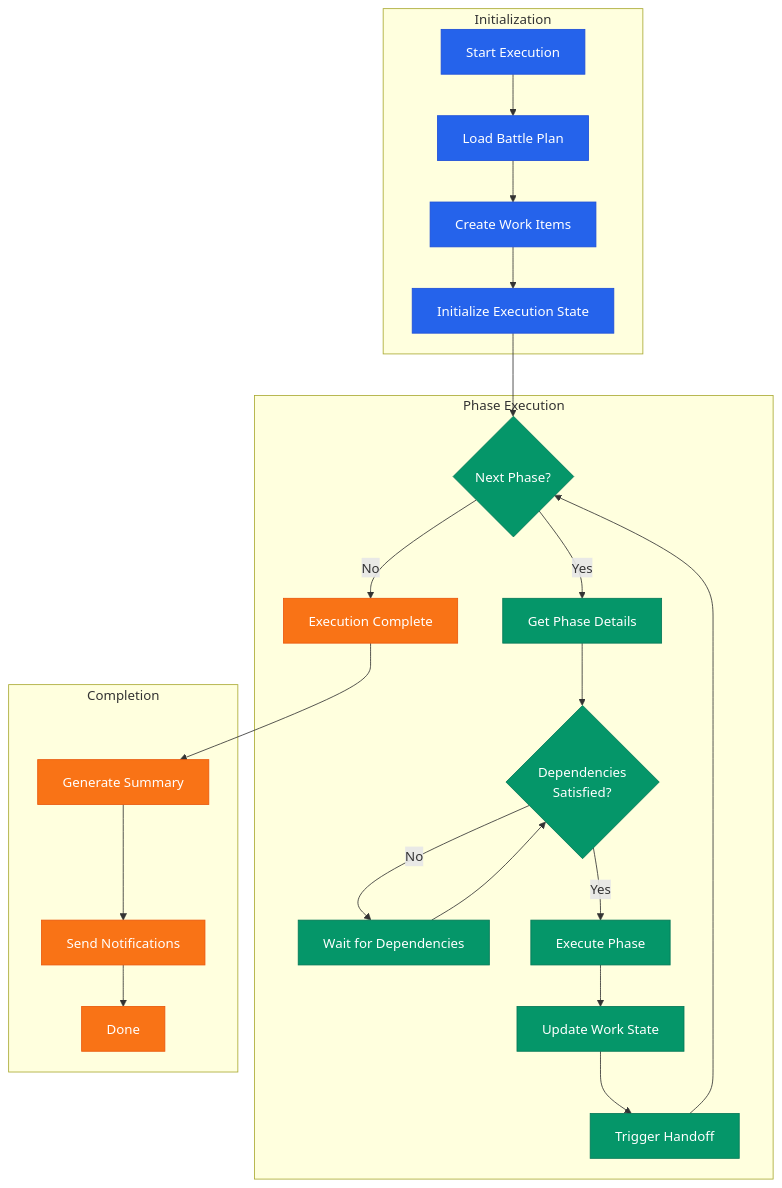
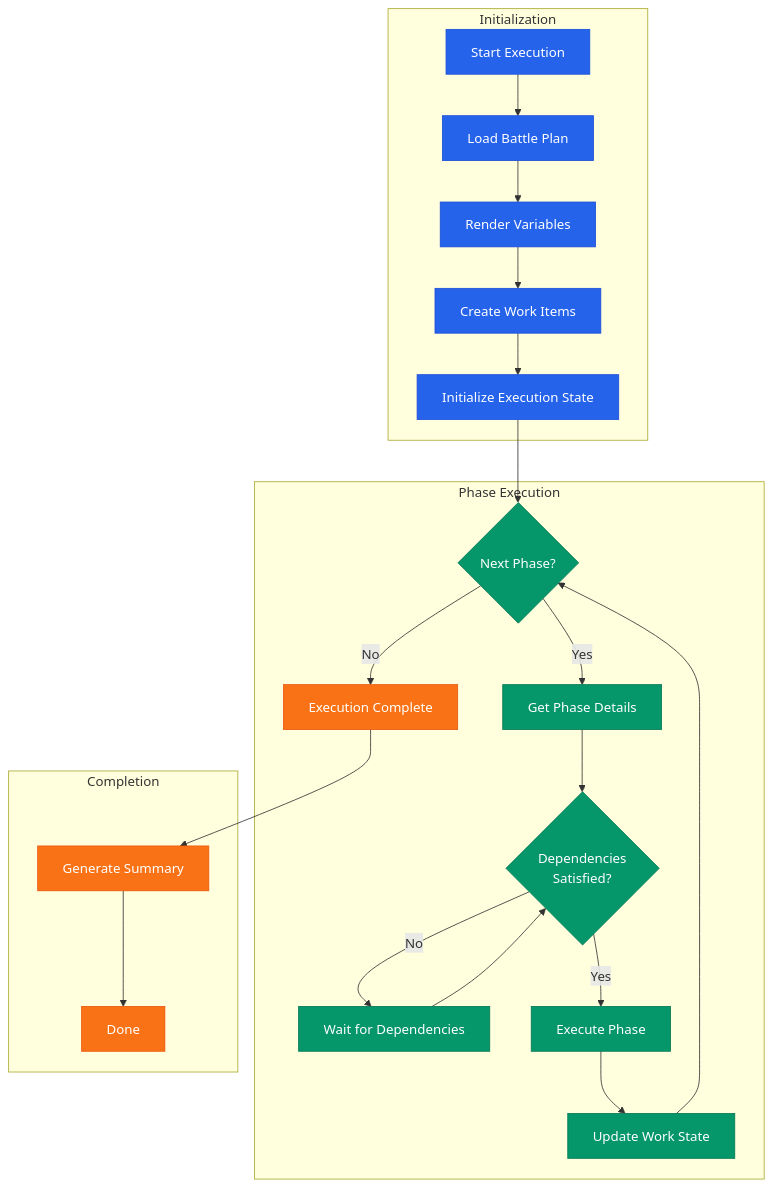
The third of 4 diagrams in docs/architecture/ARCHITECTURE-DIAGRAMS.md (jnPiyush/AI-Squad), drawn with Mermaid before and after one commit. The commit also changed other lines of this file and 33 other files, not shown here.

````diff
--- a/docs/architecture/ARCHITECTURE-DIAGRAMS.md
+++ b/docs/architecture/ARCHITECTURE-DIAGRAMS.md
@@ -263,40 +128,39 @@
 ```mermaid
 flowchart TD
     subgraph "Initialization"
         Start[Start Execution] --> Load[Load Battle Plan]
-        Load --> Create[Create Work Items]
+        Load --> Render[Render Variables]
+        Render --> Create[Create Work Items]
         Create --> Init[Initialize Execution State]
     end
     
     subgraph "Phase Execution"
         Init --> NextPhase{Next Phase?}
         
         NextPhase -->|Yes| GetPhase[Get Phase Details]
         NextPhase -->|No| Complete[Execution Complete]
         
         GetPhase --> CheckDeps{Dependencies<br/>Satisfied?}
         
         CheckDeps -->|No| Wait[Wait for Dependencies]
         CheckDeps -->|Yes| Execute[Execute Phase]
         
         Wait --> CheckDeps
         
         Execute --> Update[Update Work State]
-        Update --> Handoff[Trigger Handoff]
-        Handoff --> NextPhase
+        Update --> NextPhase
     end
     
     subgraph "Completion"
         Complete --> Summary[Generate Summary]
-        Summary --> Notify[Send Notifications]
-        Notify --> Done[Done]
+        Summary --> Done[Done]
     end
     
     classDef init fill:#2563eb,stroke:#1d4ed8,color:#fff
     classDef exec fill:#059669,stroke:#047857,color:#fff
     classDef complete fill:#f97316,stroke:#ea580c,color:#fff
     
-    class Start,Load,Create,Init init
-    class NextPhase,GetPhase,CheckDeps,Wait,Execute,Update,Handoff exec
-    class Complete,Summary,Notify,Done complete
+    class Start,Load,Render,Create,Init init
+    class NextPhase,GetPhase,CheckDeps,Wait,Execute,Update exec
+    class Complete,Summary,Done complete
 ```
````
